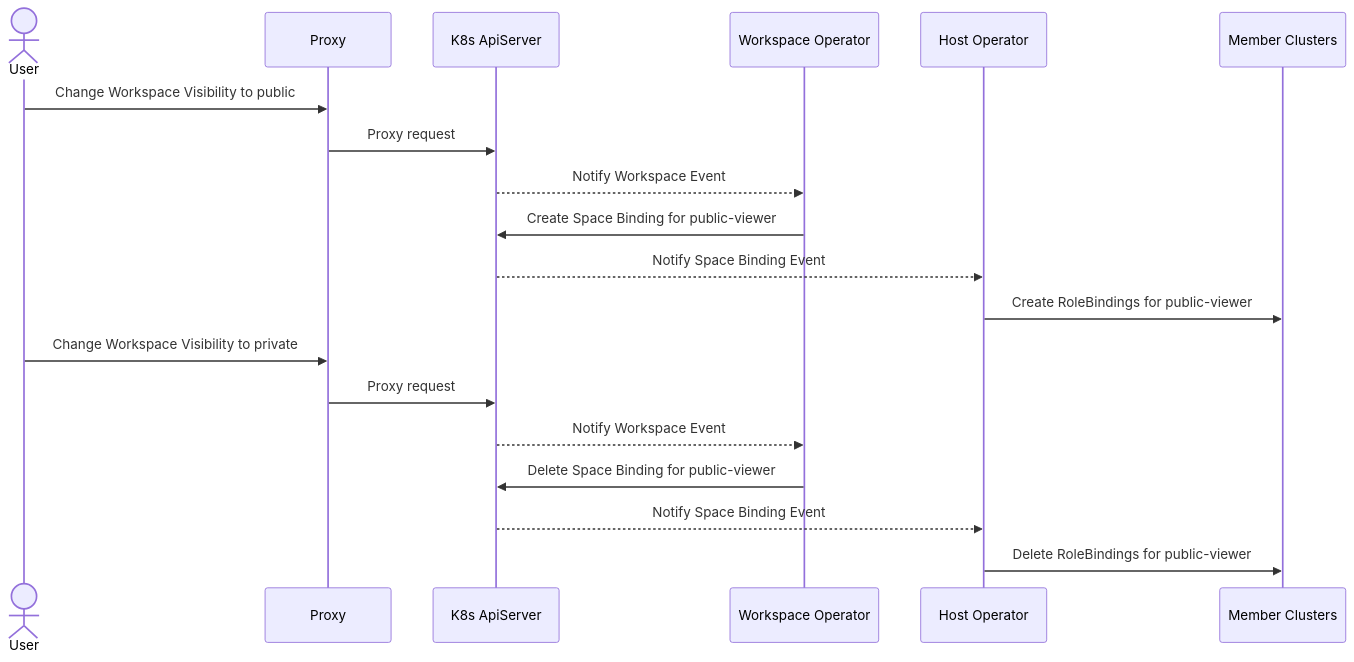
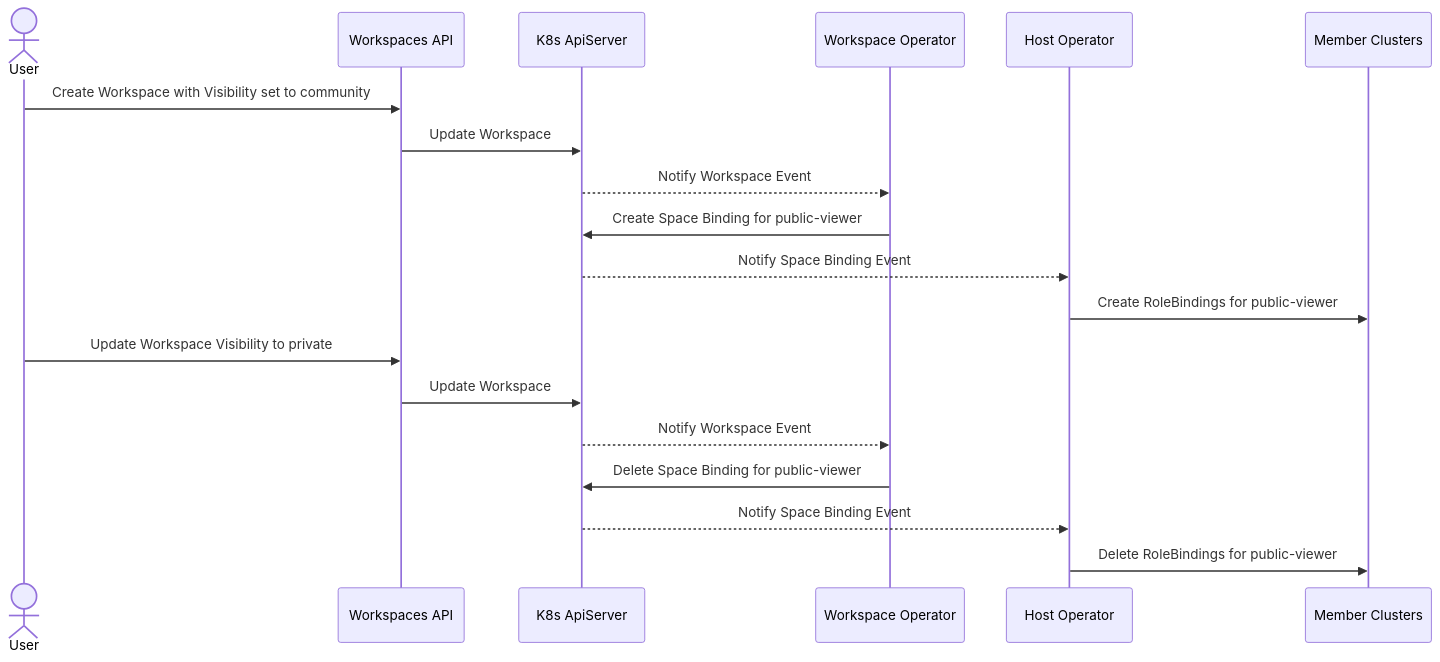
Before and after one commit to konflux-workspaces/workspaces: the diagram in doc/design/workflows/user_change_visibility.mmd, drawn with Mermaid. The commit also changed 3 other files, not shown here.

```diff
--- a/doc/design/workflows/user_change_visibility.mmd
+++ b/doc/design/workflows/user_change_visibility.mmd
@@ -1,24 +1,24 @@
 sequenceDiagram
   actor U as User
 
-  participant P as Proxy
+  participant WA as Workspaces API
   participant KA as K8s ApiServer
   participant WO as Workspace Operator
   participant HO as Host Operator
   participant KAMC as Member Clusters
 
-  U->>P: Change Workspace Visibility to public
-  P->>KA: Proxy request
+  U->>WA: Create Workspace with Visibility set to community
+  WA->>KA: Update Workspace
   KA-->>WO: Notify Workspace Event
   WO->>KA: Create Space Binding for public-viewer
   
   KA-->>HO: Notify Space Binding Event
   HO->>KAMC: Create RoleBindings for public-viewer
   
-  U->>P: Change Workspace Visibility to private
-  P->>KA: Proxy request
+  U->>WA: Update Workspace Visibility to private
+  WA->>KA: Update Workspace
   KA-->>WO: Notify Workspace Event
   WO->>KA: Delete Space Binding for public-viewer
   
   KA-->>HO: Notify Space Binding Event
   HO->>KAMC: Delete RoleBindings for public-viewer
```
